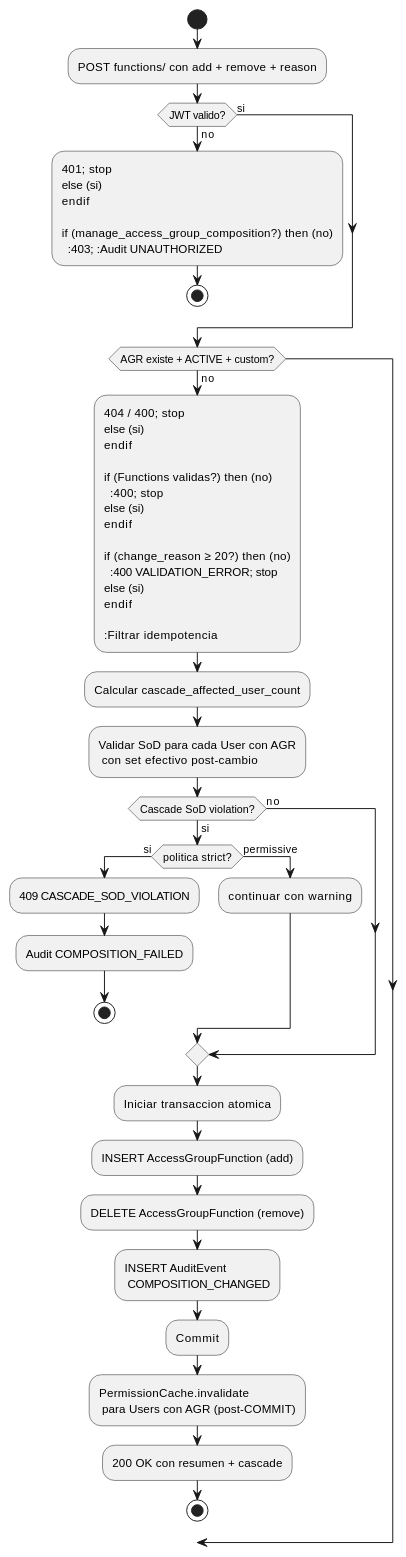
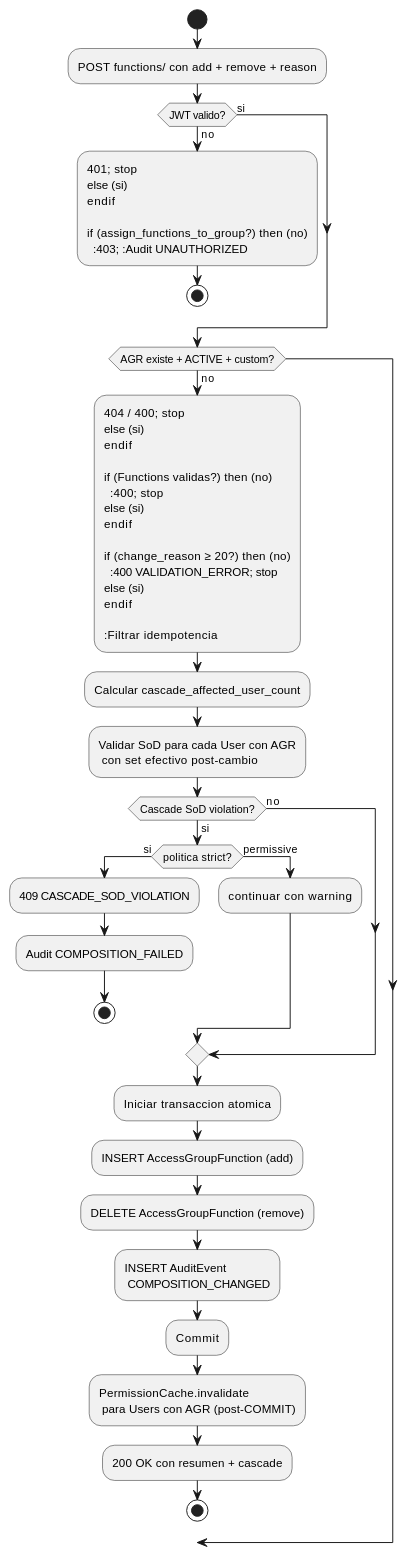
The second of 4 diagrams in source/requisitos/casos-uso/permissions/uc-perm-06/diagramas-uml.rst (jcg-admin/IACT-docs), drawn with PlantUML before and after one commit. The commit also changed other lines of this file and 157 other files, not shown here.

First line of the commit message:
Enforce catalog function names across all diagrams

```diff
--- a/source/requisitos/casos-uso/permissions/uc-perm-06/diagramas-uml.rst
+++ b/source/requisitos/casos-uso/permissions/uc-perm-06/diagramas-uml.rst
@@ -46,65 +46,65 @@
 .. uml::
  :caption: UC_PERM_06 — actividad
 
  @startuml
 
  start
 
  :POST functions/ con add + remove + reason;
 
  if (JWT valido?) then (no)
    :401; stop
  else (si)
  endif
 
- if (manage_access_group_composition?) then (no)
+ if (assign_functions_to_group?) then (no)
    :403; :Audit UNAUTHORIZED;
    stop
  else (si)
  endif
 
  if (AGR existe + ACTIVE + custom?) then (no)
    :404 / 400; stop
  else (si)
  endif
 
  if (Functions validas?) then (no)
    :400; stop
  else (si)
  endif
 
  if (change_reason ≥ 20?) then (no)
    :400 VALIDATION_ERROR; stop
  else (si)
  endif
 
  :Filtrar idempotencia;
  :Calcular cascade_affected_user_count;
  :Validar SoD para cada User con AGR
   con set efectivo post-cambio;
 
  if (Cascade SoD violation?) then (si)
    if (politica strict?) then (si)
      :409 CASCADE_SOD_VIOLATION;
      :Audit COMPOSITION_FAILED;
      stop
    else (permissive)
      :continuar con warning;
    endif
  else (no)
  endif
 
  :Iniciar transaccion atomica;
  :INSERT AccessGroupFunction (add);
  :DELETE AccessGroupFunction (remove);
  :INSERT AuditEvent
   COMPOSITION_CHANGED;
  :Commit;
 
  :PermissionCache.invalidate
   para Users con AGR (post-COMMIT);
  :200 OK con resumen + cascade;
 
  stop
 
  @enduml
```
